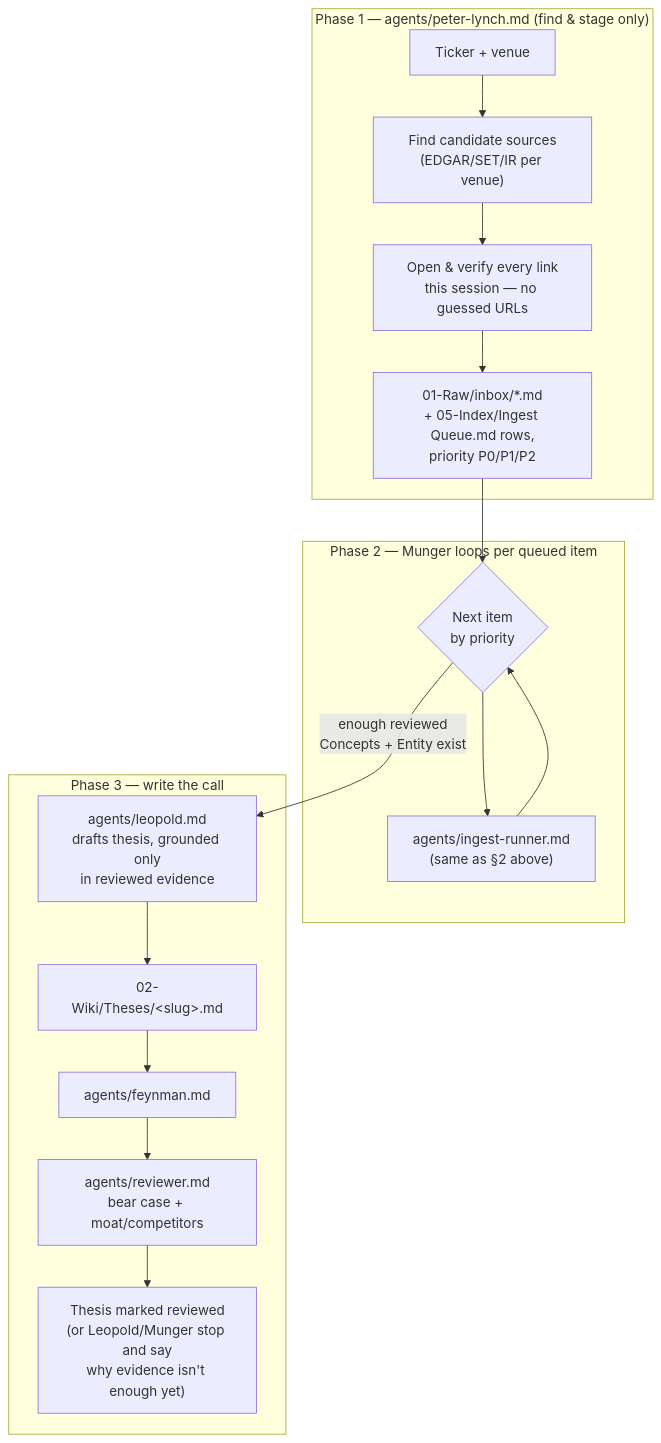
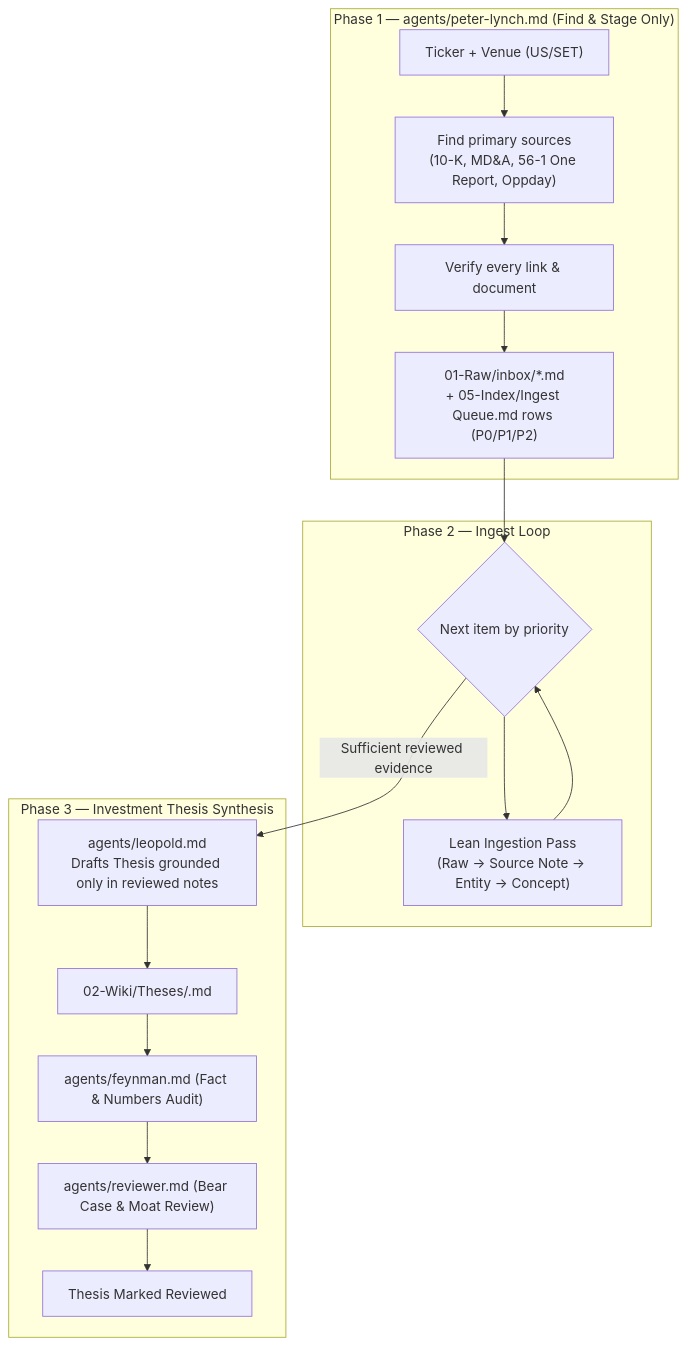
Before and after one commit to Migchw/llm-wiki-starter: the third of 3 diagrams in PROJECT-WORKFLOW.md, drawn with Mermaid. The commit also changed other lines of this file and 6 other files, not shown here.

Commit message:
feat(ingest): implement Python-first tiered fetcher and lean single-pass ingestion

````diff
--- a/PROJECT-WORKFLOW.md
+++ b/PROJECT-WORKFLOW.md
@@ -70,20 +67,20 @@
 ```mermaid
 flowchart TD
-    subgraph P1["Phase 1 — agents/peter-lynch.md (find &amp; stage only)"]
-        TK["Ticker + venue"] --> FIND["Find candidate sources<br/>(EDGAR/SET/IR per venue)"]
-        FIND --> VERIFY["Open &amp; verify every link<br/>this session — no guessed URLs"]
-        VERIFY --> STAGE["01-Raw/inbox/*.md<br/>+ 05-Index/Ingest Queue.md rows,<br/>priority P0/P1/P2"]
+    subgraph P1["Phase 1 — agents/peter-lynch.md (Find & Stage Only)"]
+        TK["Ticker + Venue (US/SET)"] --> FIND["Find primary sources<br/>(10-K, MD&A, 56-1 One Report, Oppday)"]
+        FIND --> VERIFY["Verify every link & document"]
+        VERIFY --> STAGE["01-Raw/inbox/*.md<br/>+ 05-Index/Ingest Queue.md rows (P0/P1/P2)"]
     end
-    subgraph P2["Phase 2 — Munger loops per queued item"]
-        STAGE --> Q{"Next item<br/>by priority"}
-        Q --> IR2["agents/ingest-runner.md<br/>(same as §2 above)"]
+    subgraph P2["Phase 2 — Ingest Loop"]
+        STAGE --> Q{"Next item by priority"}
+        Q --> IR2["Lean Ingestion Pass<br/>(Raw -> Source Note -> Entity -> Concept)"]
         IR2 --> Q
     end
-    subgraph P3["Phase 3 — write the call"]
-        Q -->|enough reviewed<br/>Concepts + Entity exist| LEO["agents/leopold.md<br/>drafts thesis, grounded only<br/>in reviewed evidence"]
-        LEO --> TH["02-Wiki/Theses/&lt;slug&gt;.md"]
-        TH --> FY2["agents/feynman.md"]
-        FY2 --> RV2["agents/reviewer.md<br/>bear case + moat/competitors"]
-        RV2 --> DONE["Thesis marked reviewed<br/>(or Leopold/Munger stop and say<br/>why evidence isn't enough yet)"]
+    subgraph P3["Phase 3 — Investment Thesis Synthesis"]
+        Q -->|Sufficient reviewed evidence| LEO["agents/leopold.md<br/>Drafts Thesis grounded only in reviewed notes"]
+        LEO --> TH["02-Wiki/Theses/<slug>.md"]
+        TH --> FY2["agents/feynman.md (Fact & Numbers Audit)"]
+        FY2 --> RV2["agents/reviewer.md (Bear Case & Moat Review)"]
+        RV2 --> DONE["Thesis Marked Reviewed"]
     end
 ```
````
